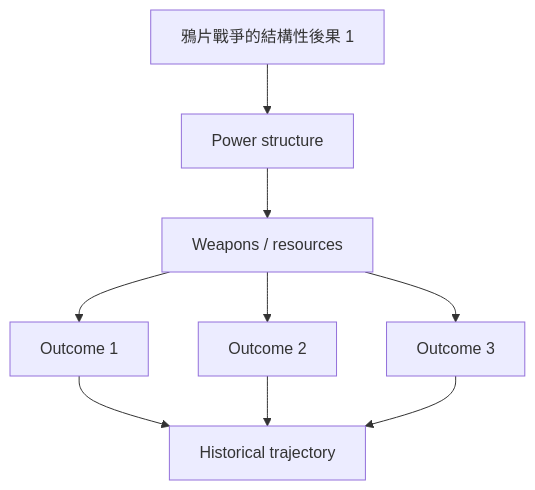
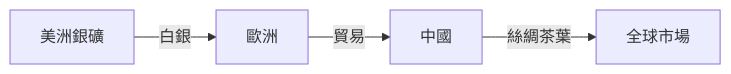
Before and after one commit to yip-lgtm/HKU-Harvard-History-Self-Study: the fourth of 7 diagrams in 01_HKU_Courses/HIST2127_Qing_China_in_the_World.md, drawn with Mermaid. The commit also changed other lines of this file and 48 other files, not shown here.

````diff
--- a/01_HKU_Courses/HIST2127_Qing_China_in_the_World.md
+++ b/01_HKU_Courses/HIST2127_Qing_China_in_the_World.md
@@ -189,11 +133,6 @@
 ```mermaid
-graph TD
-    A[鴉片戰爭的結構性後果 1] --> B[Power structure]
-    B --> C[Weapons / resources]
-    C --> D[Outcome 1]
-    C --> E[Outcome 2]
-    C --> F[Outcome 3]
-    D --> G[Historical trajectory]
-    E --> G
-    F --> G
+flowchart LR
+    A[美洲銀礦] -->|白銀| B[歐洲]
+    B -->|貿易| C[中國]
+    C -->|絲綢茶葉| D[全球市場]
 ```
````
